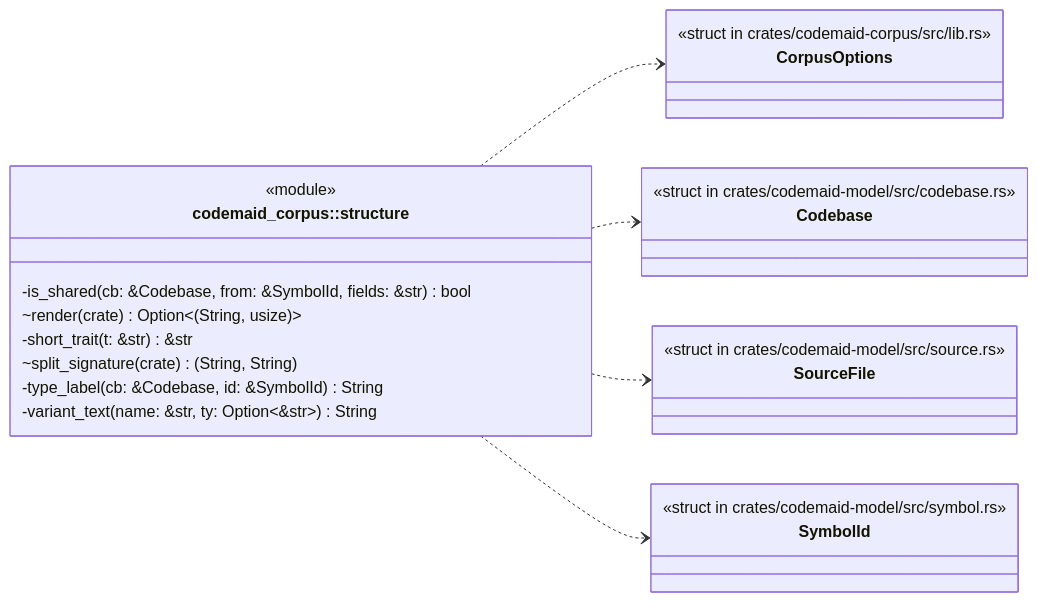
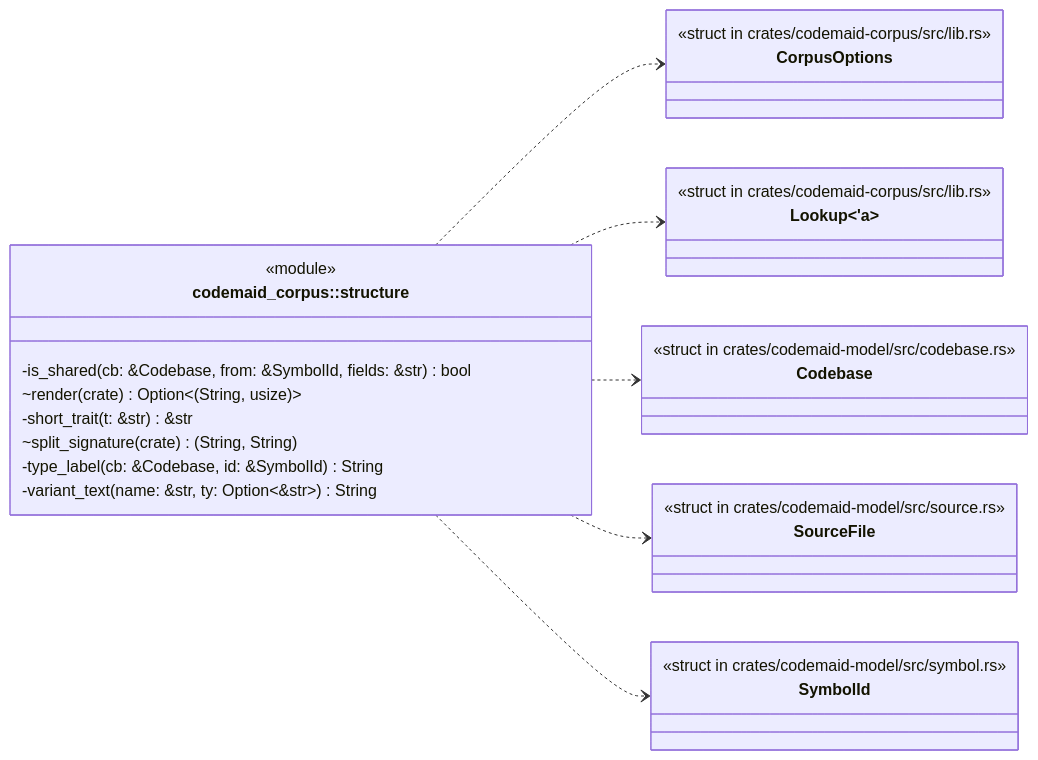
The first of 4 diagrams in docs/codemaid/crates/codemaid-corpus/src/structure.rs.md (DreamLab-AI/codemaid), drawn with Mermaid before and after one commit. The commit also changed other lines of this file and 29 other files, not shown here.

````diff
--- a/docs/codemaid/crates/codemaid-corpus/src/structure.rs.md
+++ b/docs/codemaid/crates/codemaid-corpus/src/structure.rs.md
@@ -14,29 +14,33 @@
 ```mermaid
 classDiagram
   direction LR
   class codemaid_corpus__structure["codemaid_corpus::structure"] {
     <<module>>
     -is_shared(cb: &Codebase, from: &SymbolId, fields: &str) bool
     ~render(crate) Option#lt;#40;String, usize#41;#gt;
     -short_trait(t: &str) &str
     ~split_signature(crate) #40;String, String#41;
     -type_label(cb: &Codebase, id: &SymbolId) String
     -variant_text(name: &str, ty: Option#lt;&str#gt;) String
   }
   class codemaid_corpus__CorpusOptions["CorpusOptions"] {
     <<struct in crates/codemaid-corpus/src/lib.rs>>
   }
+  class codemaid_corpus__Lookup["Lookup#lt;'a#gt;"] {
+    <<struct in crates/codemaid-corpus/src/lib.rs>>
+  }
   class codemaid_model__codebase__Codebase["Codebase"] {
     <<struct in crates/codemaid-model/src/codebase.rs>>
   }
   class codemaid_model__source__SourceFile["SourceFile"] {
     <<struct in crates/codemaid-model/src/source.rs>>
   }
   class codemaid_model__symbol__SymbolId["SymbolId"] {
     <<struct in crates/codemaid-model/src/symbol.rs>>
   }
   codemaid_corpus__structure ..> codemaid_corpus__CorpusOptions
+  codemaid_corpus__structure ..> codemaid_corpus__Lookup
   codemaid_corpus__structure ..> codemaid_model__codebase__Codebase
   codemaid_corpus__structure ..> codemaid_model__source__SourceFile
   codemaid_corpus__structure ..> codemaid_model__symbol__SymbolId
 ```
````
